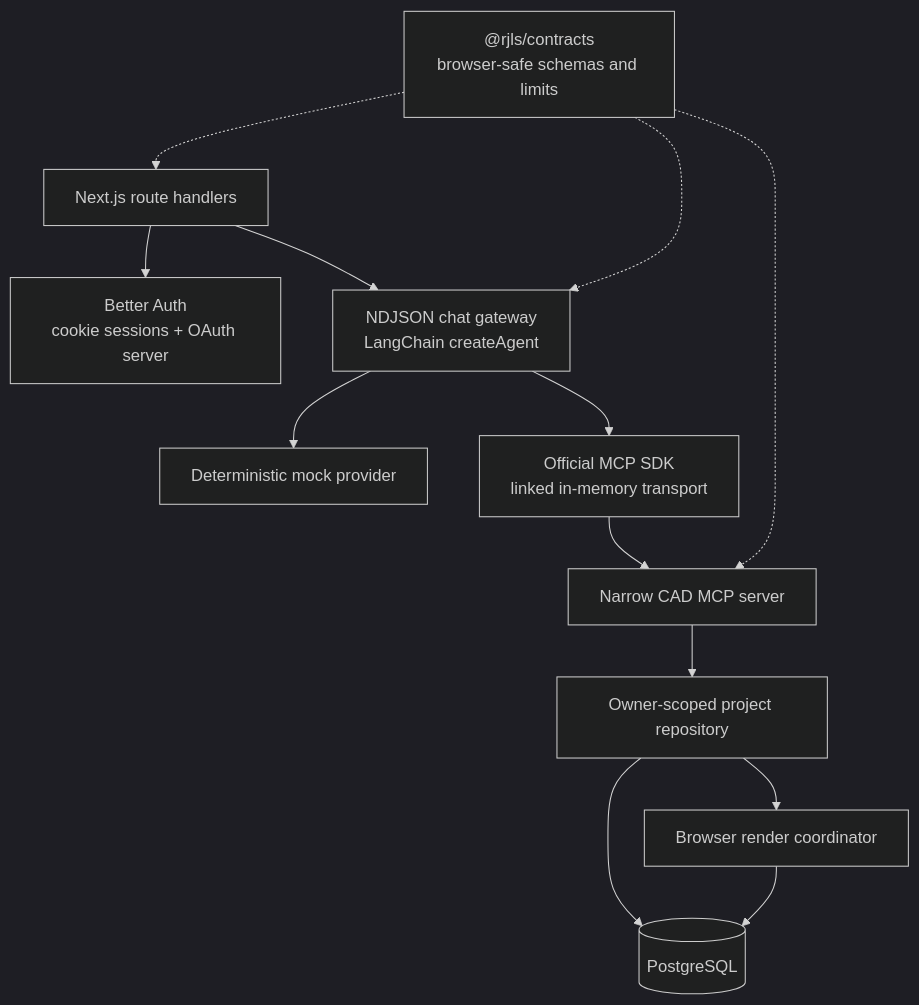
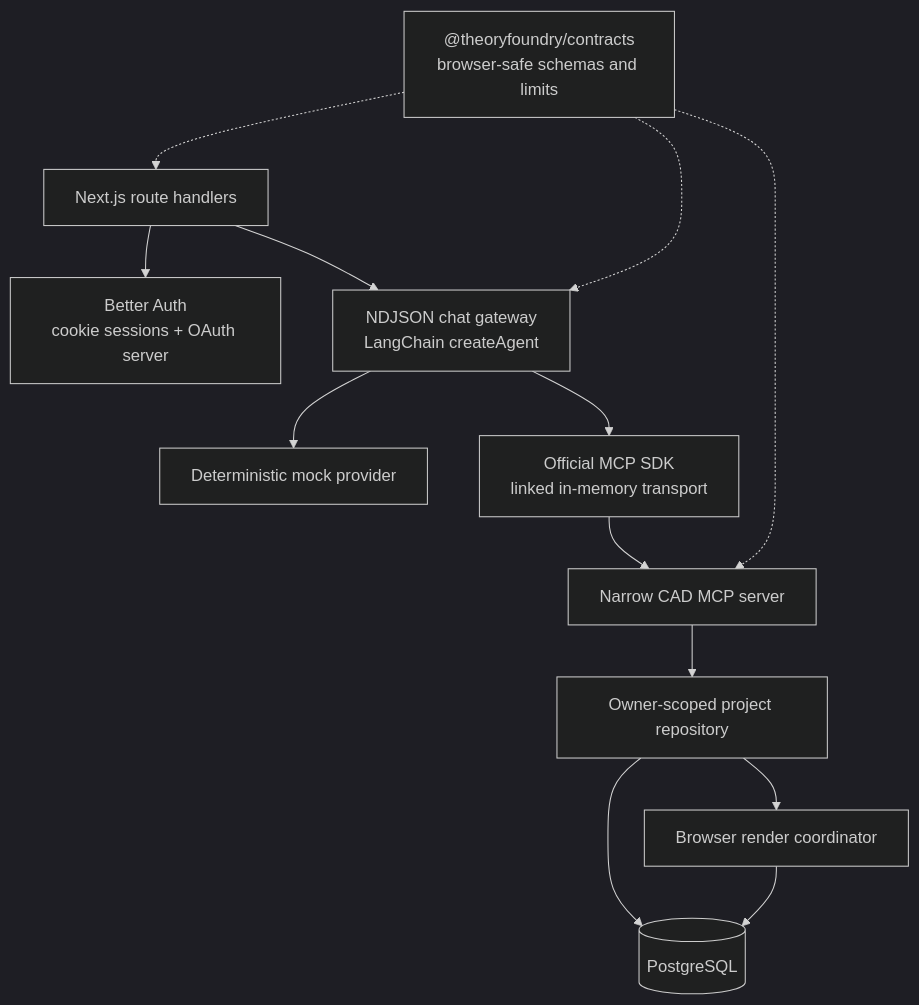
Before and after one commit to lukasasorensen/3d_model_mcp: the second of 6 diagrams in docs/production-infrastructure.md, drawn with Mermaid (dark theme). The commit also changed other lines of this file and 138 other files, not shown here.

````diff
--- a/docs/production-infrastructure.md
+++ b/docs/production-infrastructure.md
@@ -52,25 +52,25 @@
 ```mermaid
 flowchart TB
     Routes["Next.js route handlers"]
     Auth["Better Auth<br/>cookie sessions + OAuth server"]
     Gateway["NDJSON chat gateway<br/>LangChain createAgent"]
     Provider["Deterministic mock provider"]
     MCPClient["Official MCP SDK<br/>linked in-memory transport"]
     MCPServer["Narrow CAD MCP server"]
     Repo["Owner-scoped project repository"]
     Jobs["Browser render coordinator"]
     Pg[("PostgreSQL")]
 
     Routes --> Auth
     Routes --> Gateway
     Gateway --> Provider
     Gateway --> MCPClient --> MCPServer --> Repo
     Repo --> Jobs
     Repo --> Pg
     Jobs --> Pg
 
-    Contracts["@rjls/contracts<br/>browser-safe schemas and limits"]
+    Contracts["@theoryfoundry/contracts<br/>browser-safe schemas and limits"]
     Contracts -.-> Routes
     Contracts -.-> Gateway
     Contracts -.-> MCPServer
 ```
````
